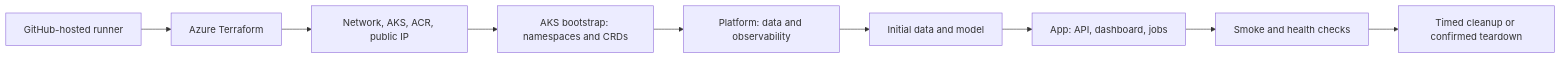
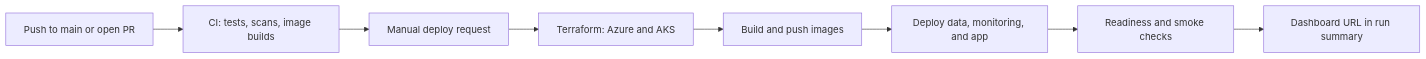
The second of 2 diagrams in README.md (JaiiMukundh/mlplatform), drawn with Mermaid before and after one commit. The commit also changed other lines of this file, not shown here.

````diff
--- a/README.md
+++ b/README.md
@@ -207,11 +50,10 @@
 ```mermaid
 flowchart LR
-    A[GitHub-hosted runner] --> B[Azure Terraform]
-    B --> C[Network, AKS, ACR, public IP]
-    C --> D[AKS bootstrap: namespaces and CRDs]
-    D --> E[Platform: data and observability]
-    E --> F[Initial data and model]
-    F --> G[App: API, dashboard, jobs]
-    G --> H[Smoke and health checks]
-    H --> I[Timed cleanup or confirmed teardown]
+    Push[Push to main or open PR] --> CI[CI: tests, scans, image builds]
+    CI --> Manual[Manual deploy request]
+    Manual --> Azure[Terraform: Azure and AKS]
+    Azure --> Images[Build and push images]
+    Images --> Platform[Deploy data, monitoring, and app]
+    Platform --> Verify[Readiness and smoke checks]
+    Verify --> URL[Dashboard URL in run summary]
 ```
````
